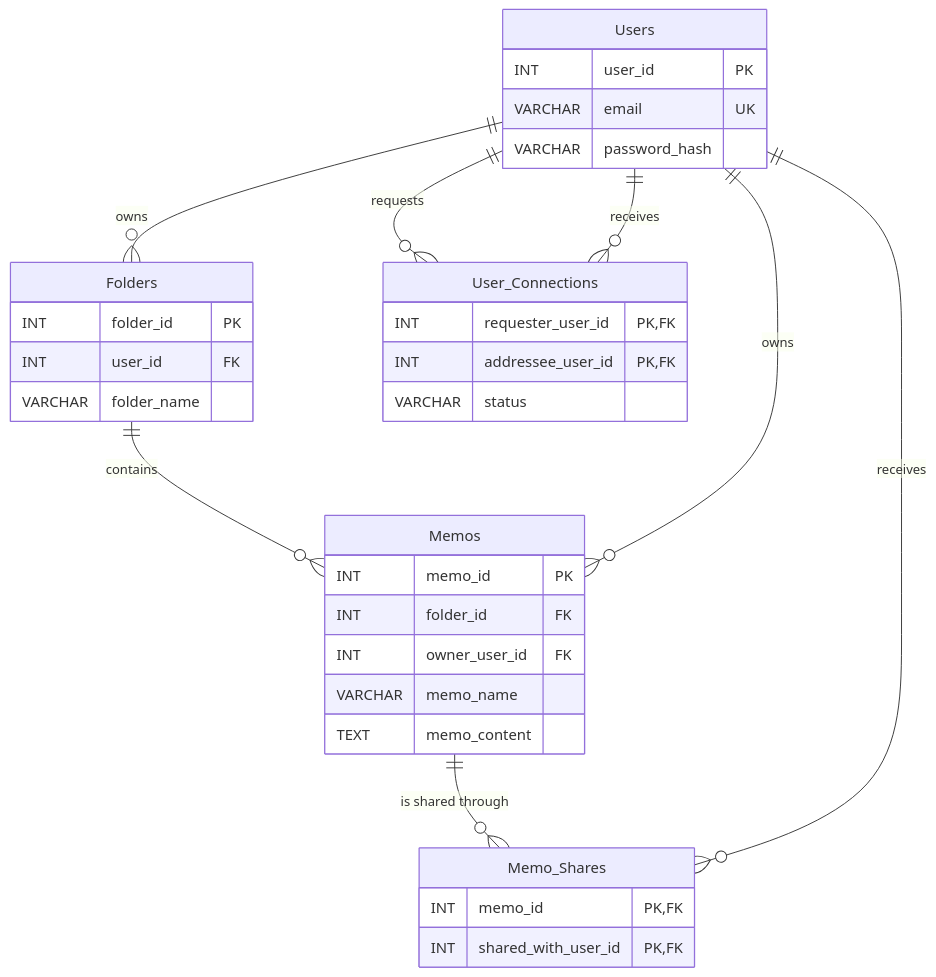
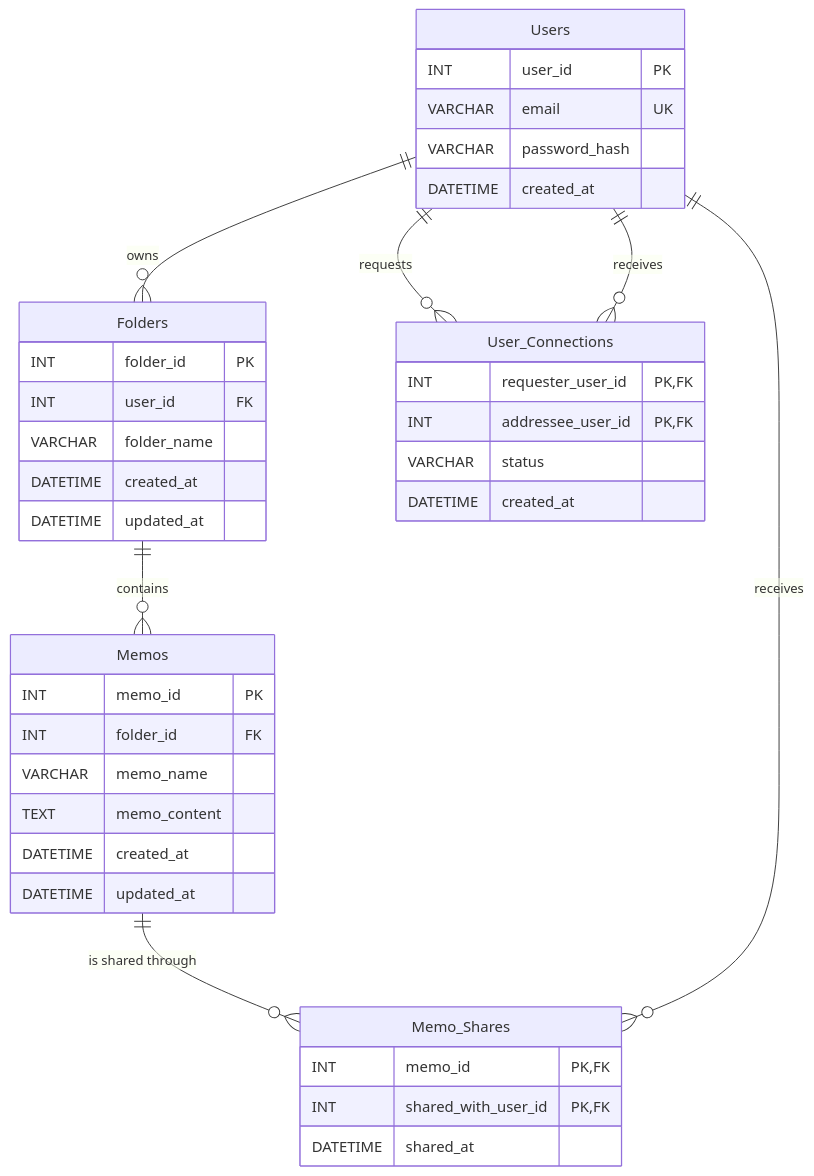
The diagram in docs/db_design.md (satohinata327/memo-app), drawn with Mermaid before and after one commit.

Commit message:
dateの追加とmemosのuser_idのFKを削除

````diff
--- a/docs/db_design.md
+++ b/docs/db_design.md
@@ -20,41 +20,46 @@
 ```mermaid
 erDiagram
     Users {
         INT user_id PK
         VARCHAR email UK
         VARCHAR password_hash
+        DATETIME created_at
     }
 
     Folders {
         INT folder_id PK
         INT user_id FK
         VARCHAR folder_name
+        DATETIME created_at
+        DATETIME updated_at
     }
 
     Memos {
         INT memo_id PK
         INT folder_id FK
-        INT owner_user_id FK
         VARCHAR memo_name
         TEXT memo_content
+        DATETIME created_at
+        DATETIME updated_at
     }
 
     User_Connections {
         INT requester_user_id PK, FK
         INT addressee_user_id PK, FK
         VARCHAR status
+        DATETIME created_at
     }
 
     Memo_Shares {
         INT memo_id PK, FK
         INT shared_with_user_id PK, FK
+        DATETIME shared_at
     }
 
     Users ||--o{ Folders : "owns"
     Folders ||--o{ Memos : "contains"
-    Users ||--o{ Memos : "owns"
     Users ||--o{ User_Connections : "requests"
     Users ||--o{ User_Connections : "receives"
     Memos ||--o{ Memo_Shares : "is shared through"
     Users ||--o{ Memo_Shares : "receives"
 ```
````
